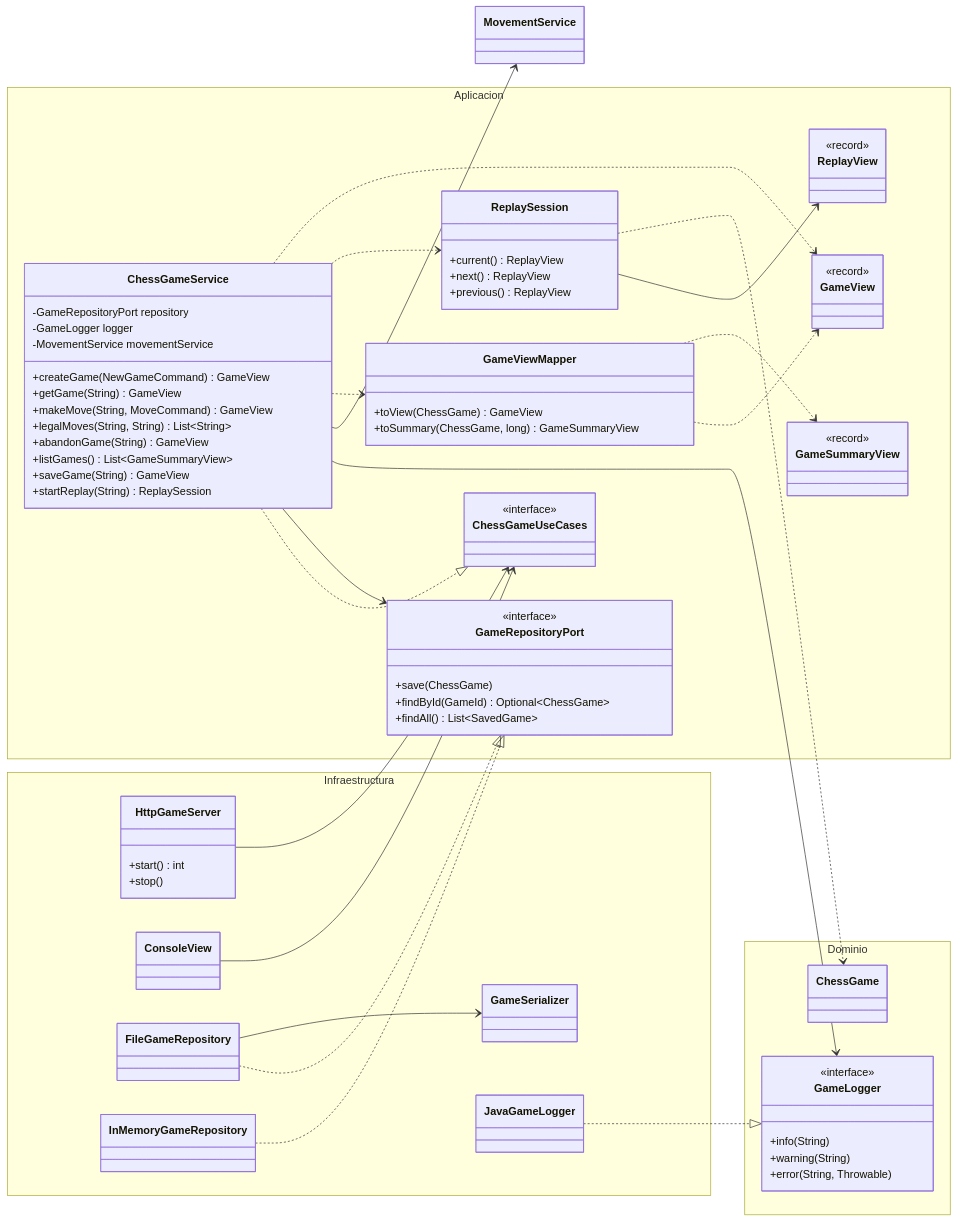
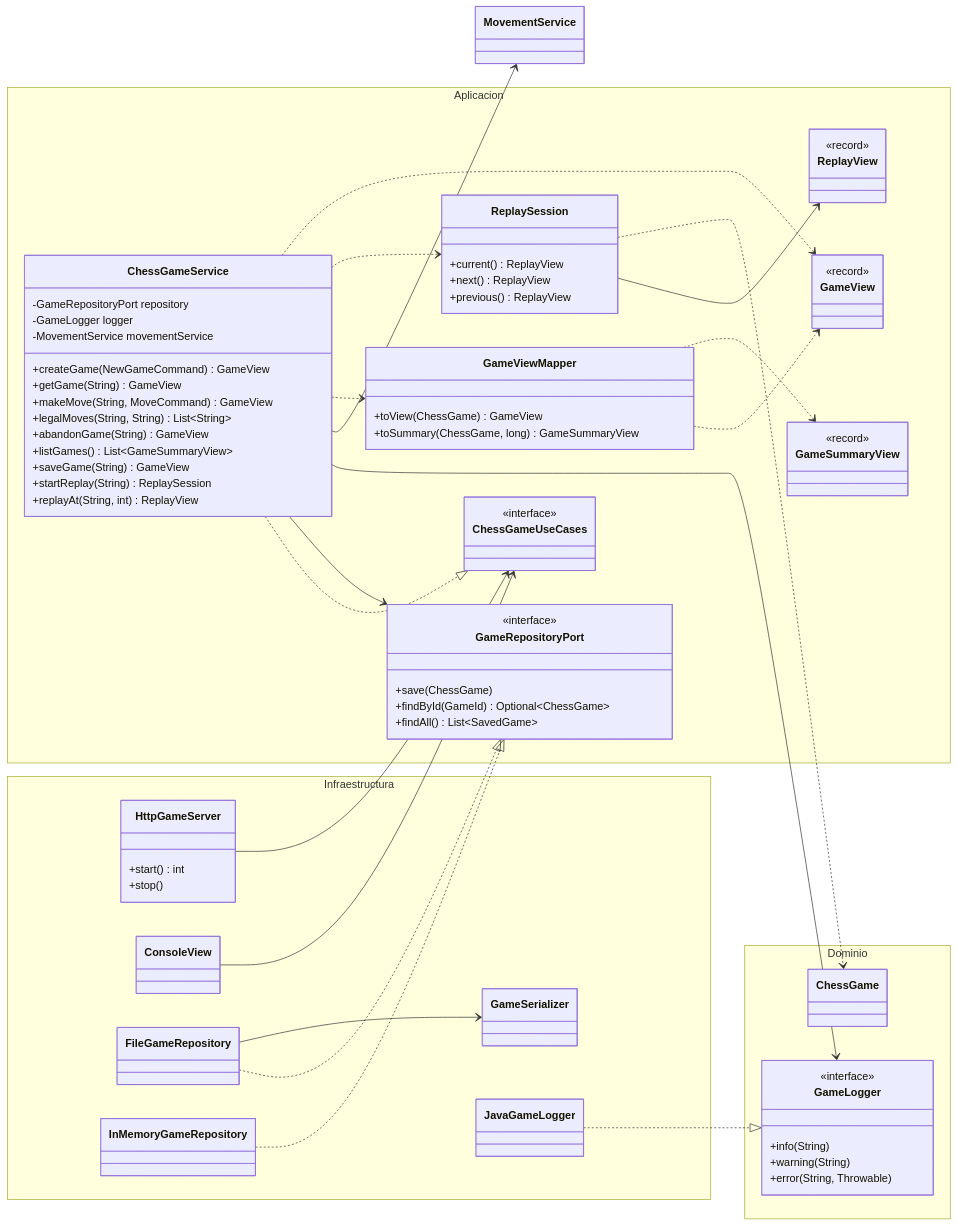
One commit to vt0mii/Ajedrez-UADE changed the second of 2 diagrams in docs/JUSTIFICACION.md. Above: the diagram before and after it, drawn with Mermaid. The commit also changed other lines of this file and 24 other files, not shown here.

```diff
--- a/docs/JUSTIFICACION.md
+++ b/docs/JUSTIFICACION.md
@@ -450,6 +485,7 @@
             +listGames() List~GameSummaryView~
             +saveGame(String) GameView
             +startReplay(String) ReplaySession
+            +replayAt(String, int) ReplayView
         }
         class GameViewMapper {
             +toView(ChessGame) GameView
```
